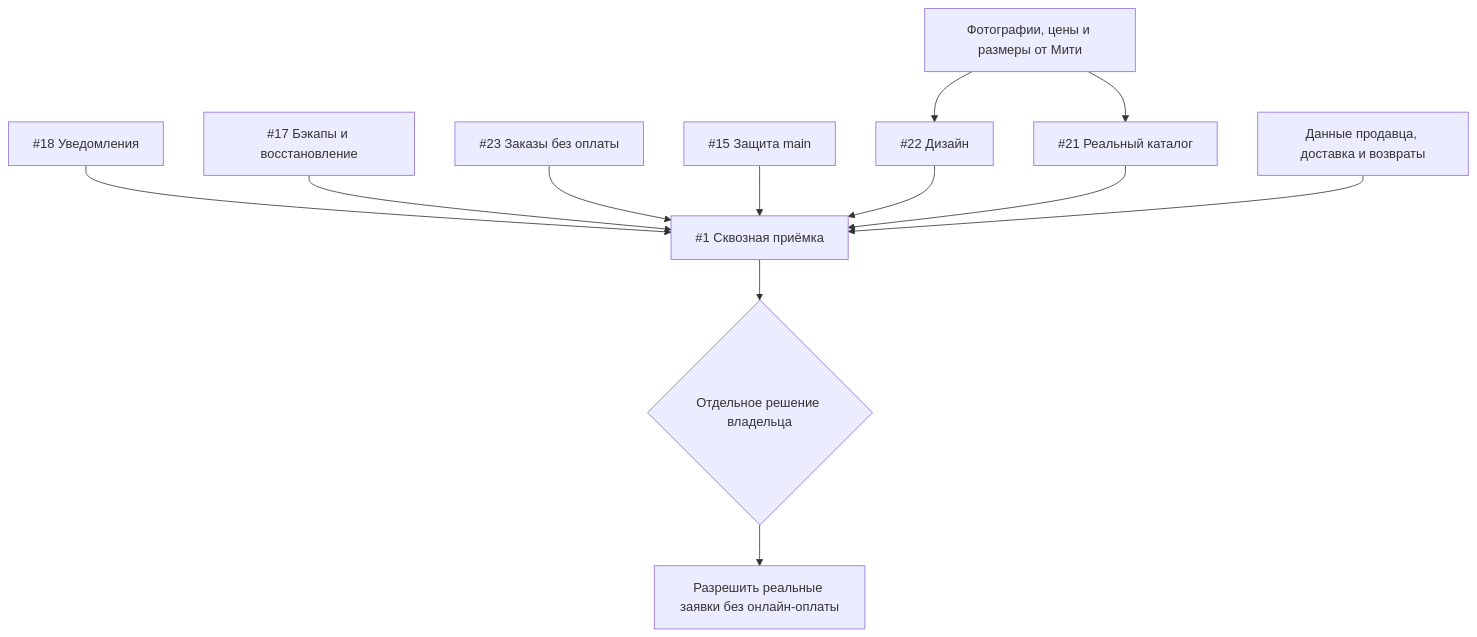
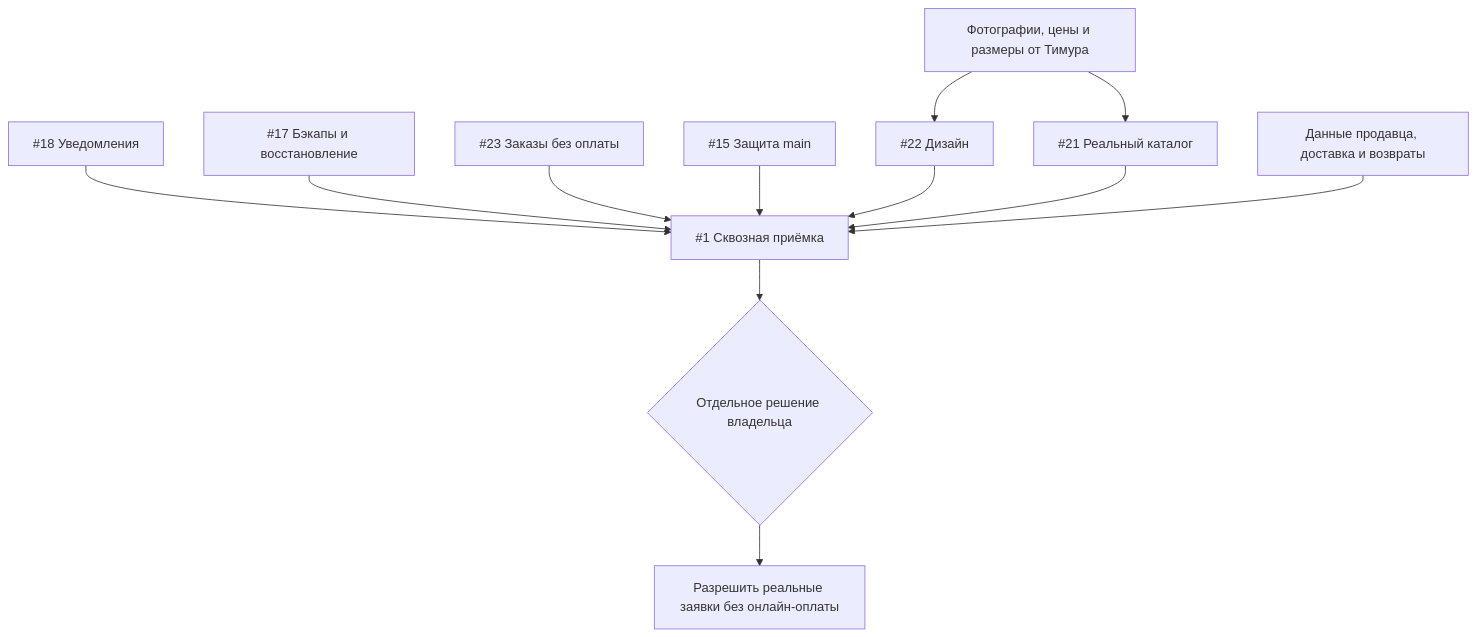
Before and after one commit to Ai-b0ss/atelier-telegram-shop: the diagram in ROADMAP.md, drawn with Mermaid. The commit also changed other lines of this file and 19 other files, not shown here.

````diff
--- a/ROADMAP.md
+++ b/ROADMAP.md
@@ -36,14 +36,14 @@
 ```mermaid
 flowchart TD
   A["#18 Уведомления"] --> G["#1 Сквозная приёмка"]
   B["#17 Бэкапы и восстановление"] --> G
   C["#23 Заказы без оплаты"] --> G
   D["#15 Защита main"] --> G
   E["#22 Дизайн"] --> G
   F["#21 Реальный каталог"] --> G
-  M["Фотографии, цены и размеры от Мити"] --> F
+  M["Фотографии, цены и размеры от Тимура"] --> F
   M --> E
   L["Данные продавца, доставка и возвраты"] --> G
   G --> R{"Отдельное решение владельца"}
   R --> S["Разрешить реальные заявки без онлайн-оплаты"]
 ```
````
